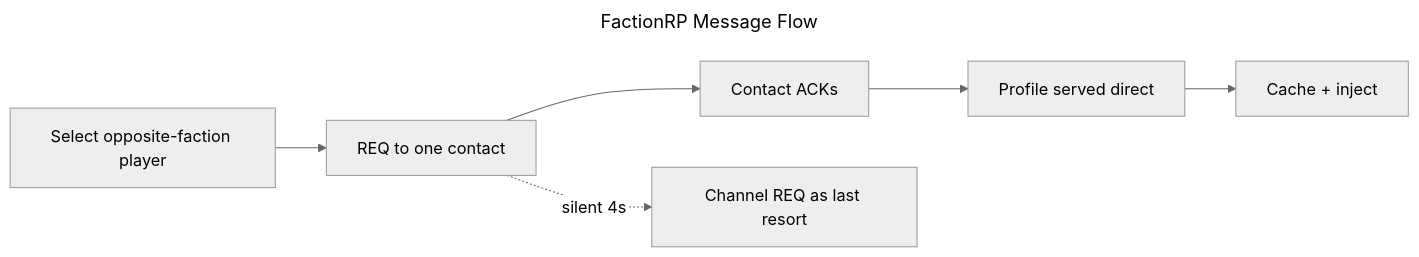
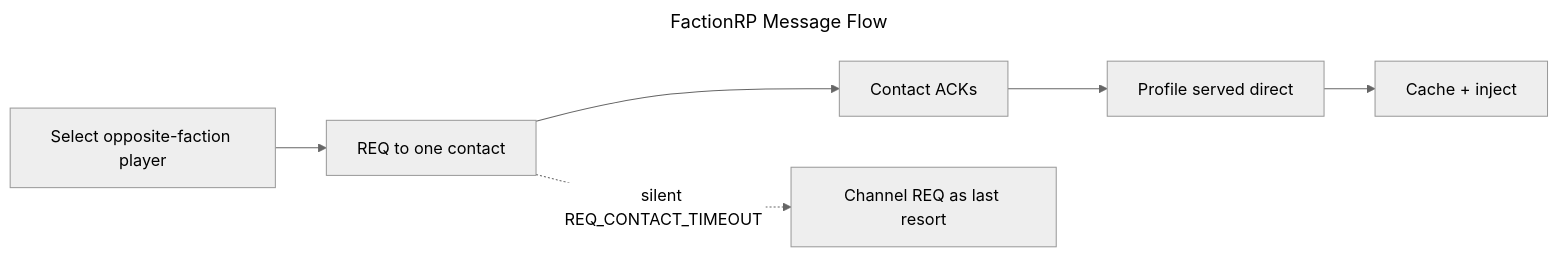
The diagram in README.md (coding-red-panda/FactionRP), drawn with Mermaid (neutral theme) before and after one commit. The commit also changed other lines of this file and 8 other files, not shown here.

````diff
--- a/README.md
+++ b/README.md
@@ -18,19 +18,19 @@
 ```mermaid
 ---
 title: FactionRP Message Flow
 ---
 
 flowchart LR
     start[Select opposite-faction player]
     request[REQ to one contact]
     ack[Contact ACKs]
     serve[Profile served direct]
     process[Cache + inject]
     channel[Channel REQ as last resort]
 
     start --> request
     request --> ack
-    request -.->|silent 4s| channel
+    request -.->|silent REQ_CONTACT_TIMEOUT| channel
     ack --> serve
     serve --> process
 ```
````
